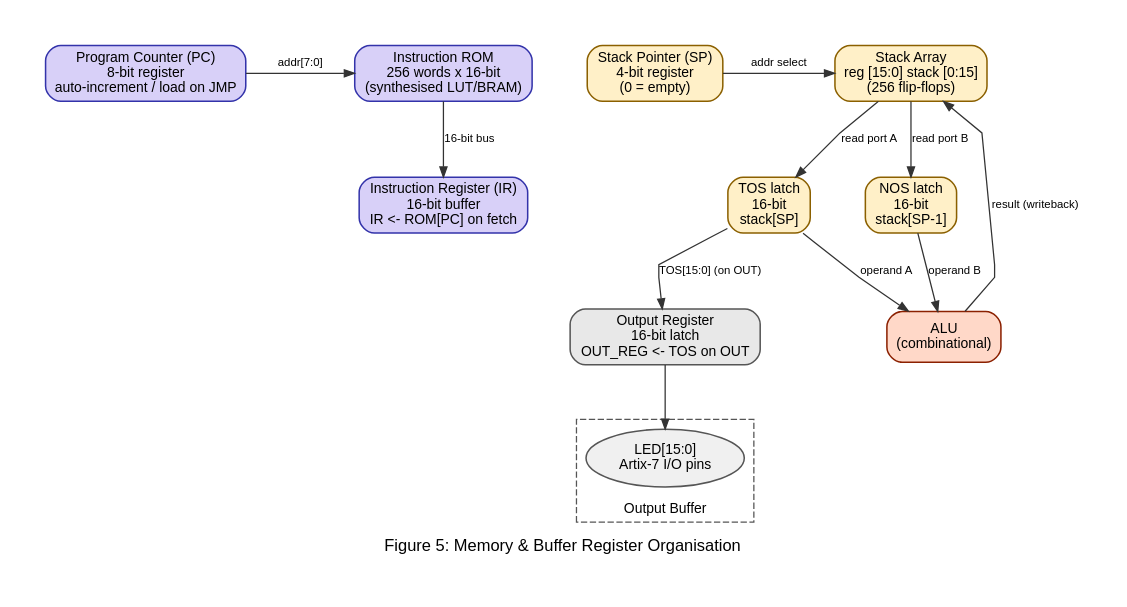
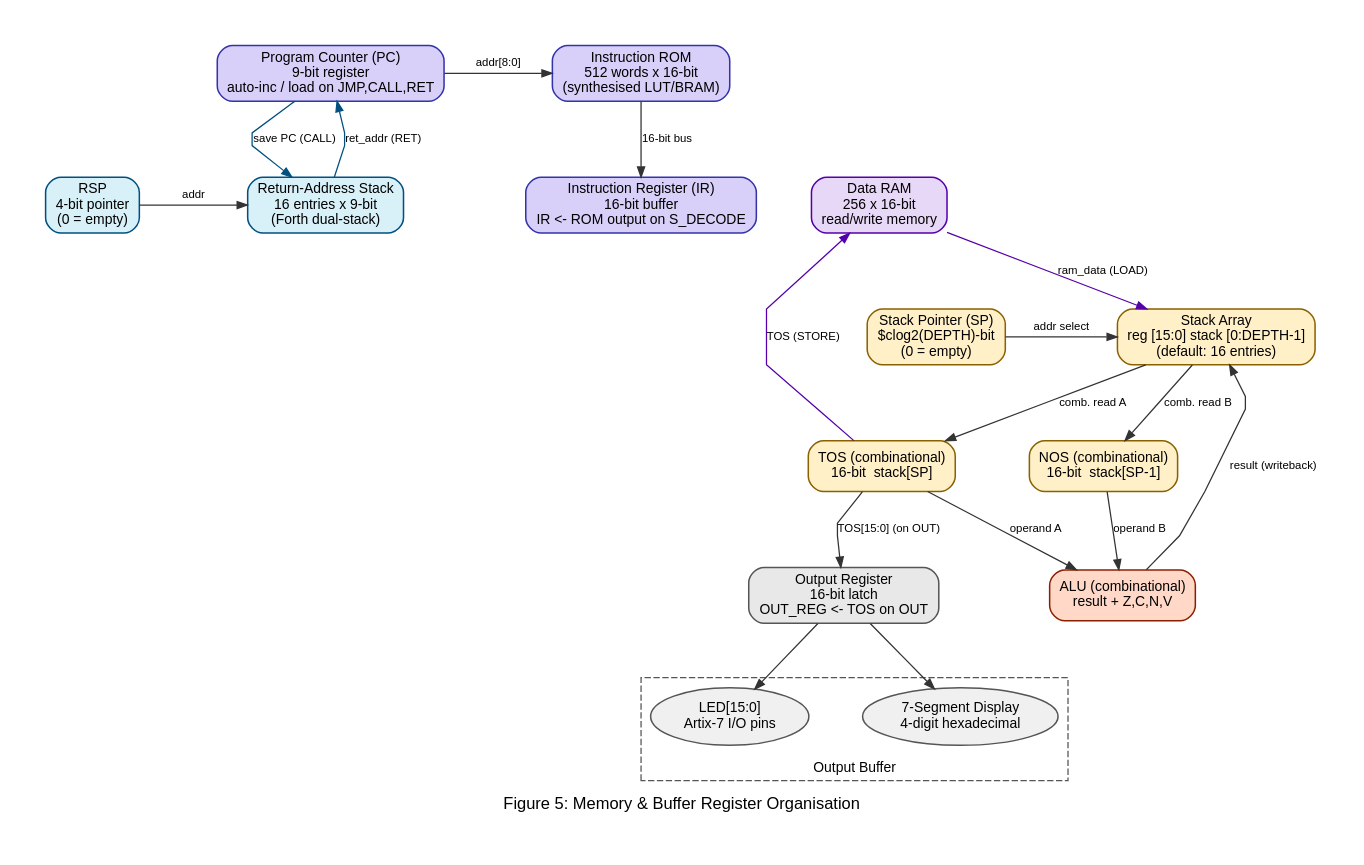
Before and after one commit to Faruk982/stack_cpu: the fifth of 5 diagrams in report.md, drawn with Graphviz. The commit also changed other lines of this file and 17 other files, not shown here.

````diff
--- a/report.md
+++ b/report.md
@@ -371,57 +464,80 @@
 ```graphviz
 digraph memory {
     graph [rankdir=TB, label="Figure 5: Memory & Buffer Register Organisation", labelloc=b,
            fontname="Arial", fontsize=13, splines=polyline, nodesep=0.6, ranksep=0.7,
            bgcolor=white, pad=0.4]
     node  [fontname="Arial", fontsize=11, shape=box, style="filled,rounded",
            penwidth=1.2, height=0.55]
     edge  [fontname="Arial", fontsize=9, color="#333333", arrowsize=0.8]
 
     subgraph cluster_imem {
         label="Instruction Memory (Harvard)"
         style=dashed; color="#3333AA"; fontname="Arial"; fontsize=11
         fillcolor="#F4F4FF"
-        ROM   [label="Instruction ROM\n256 words x 16-bit\n(synthesised LUT/BRAM)", fillcolor="#D8D0F8", color="#3333AA"]
-        IR    [label="Instruction Register (IR)\n16-bit buffer\nIR <- ROM[PC] on fetch", fillcolor="#D8D0F8", color="#3333AA"]
+        ROM   [label="Instruction ROM\n512 words x 16-bit\n(synthesised LUT/BRAM)", fillcolor="#D8D0F8", color="#3333AA"]
+        IR    [label="Instruction Register (IR)\n16-bit buffer\nIR <- ROM output on S_DECODE", fillcolor="#D8D0F8", color="#3333AA"]
         ROM -> IR [label="16-bit bus"]
     }
 
     subgraph cluster_dmem {
-        label="Data Memory — Stack"
+        label="Data Memory — Stack (Parameterised)"
         style=dashed; color="#8B6000"; fontname="Arial"; fontsize=11
         fillcolor="#FFFBF0"
-        SMEM  [label="Stack Array\nreg [15:0] stack [0:15]\n(256 flip-flops)", fillcolor="#FFF0C8", color="#8B6000"]
-        SP    [label="Stack Pointer (SP)\n4-bit register\n(0 = empty)", fillcolor="#FFF0C8", color="#8B6000"]
-        TOS   [label="TOS latch\n16-bit\nstack[SP]", fillcolor="#FFF0C8", color="#8B6000"]
-        NOS   [label="NOS latch\n16-bit\nstack[SP-1]", fillcolor="#FFF0C8", color="#8B6000"]
+        SMEM  [label="Stack Array\nreg [15:0] stack [0:DEPTH-1]\n(default: 16 entries)", fillcolor="#FFF0C8", color="#8B6000"]
+        SP    [label="Stack Pointer (SP)\n$clog2(DEPTH)-bit\n(0 = empty)", fillcolor="#FFF0C8", color="#8B6000"]
+        TOS   [label="TOS (combinational)\n16-bit  stack[SP]", fillcolor="#FFF0C8", color="#8B6000"]
+        NOS   [label="NOS (combinational)\n16-bit  stack[SP-1]", fillcolor="#FFF0C8", color="#8B6000"]
         SP   -> SMEM [label="addr select"]
-        SMEM -> TOS  [label="read port A"]
-        SMEM -> NOS  [label="read port B"]
+        SMEM -> TOS  [label="comb. read A"]
+        SMEM -> NOS  [label="comb. read B"]
+    }
+
+    subgraph cluster_ram {
+        label="Data RAM"
+        style=dashed; color="#5500AA"; fontname="Arial"; fontsize=11
+        fillcolor="#F8F0FF"
+        DRAM  [label="Data RAM\n256 x 16-bit\nread/write memory", fillcolor="#E8D8F8", color="#5500AA"]
+    }
+
+    subgraph cluster_rstk {
+        label="Return Stack (CALL/RET)"
+        style=dashed; color="#005080"; fontname="Arial"; fontsize=11
+        fillcolor="#F0F8FF"
+        RSTK  [label="Return-Address Stack\n16 entries x 9-bit\n(Forth dual-stack)", fillcolor="#D8F0F8", color="#005080"]
+        RSP   [label="RSP\n4-bit pointer\n(0 = empty)", fillcolor="#D8F0F8", color="#005080"]
+        RSP -> RSTK [label="addr"]
     }
 
     subgraph cluster_out {
         label="Output Buffer"
         style=dashed; color="#555555"; fontname="Arial"; fontsize=11
         fillcolor="#F8F8F8"
         OUTREG[label="Output Register\n16-bit latch\nOUT_REG <- TOS on OUT", fillcolor="#E8E8E8", color="#555555"]
         LEDS  [label="LED[15:0]\nArtix-7 I/O pins", shape=ellipse, fillcolor="#F0F0F0", color="#555555"]
+        SEG   [label="7-Segment Display\n4-digit hexadecimal", shape=ellipse, fillcolor="#F0F0F0", color="#555555"]
         OUTREG -> LEDS
+        OUTREG -> SEG
     }
 
-    PC [label="Program Counter (PC)\n8-bit register\nauto-increment / load on JMP", fillcolor="#D8D0F8", color="#3333AA"]
-    ALU_ [label="ALU\n(combinational)", fillcolor="#FFD8C8", color="#8B2000"]
+    PC    [label="Program Counter (PC)\n9-bit register\nauto-inc / load on JMP,CALL,RET", fillcolor="#D8D0F8", color="#3333AA"]
+    ALU_  [label="ALU (combinational)\nresult + Z,C,N,V", fillcolor="#FFD8C8", color="#8B2000"]
 
-    PC   -> ROM    [label="addr[7:0]"]
+    PC   -> ROM    [label="addr[8:0]"]
     TOS  -> OUTREG [label="TOS[15:0] (on OUT)"]
     TOS  -> ALU_   [label="operand A"]
     NOS  -> ALU_   [label="operand B"]
     ALU_ -> SMEM   [label="result (writeback)"]
+    TOS  -> DRAM   [label="TOS (STORE)", color="#5500AA"]
+    DRAM -> SMEM   [label="ram_data (LOAD)", color="#5500AA"]
+    PC   -> RSTK   [label="save PC (CALL)", color="#005080"]
+    RSTK -> PC     [label="ret_addr (RET)", color="#005080"]
 
     { rank=same; PC; ROM }
     { rank=same; IR }
     { rank=same; SMEM; SP }
     { rank=same; TOS; NOS }
     { rank=same; ALU_ }
+    { rank=same; DRAM; RSTK; RSP }
     { rank=same; OUTREG }
 }
 ```
````
